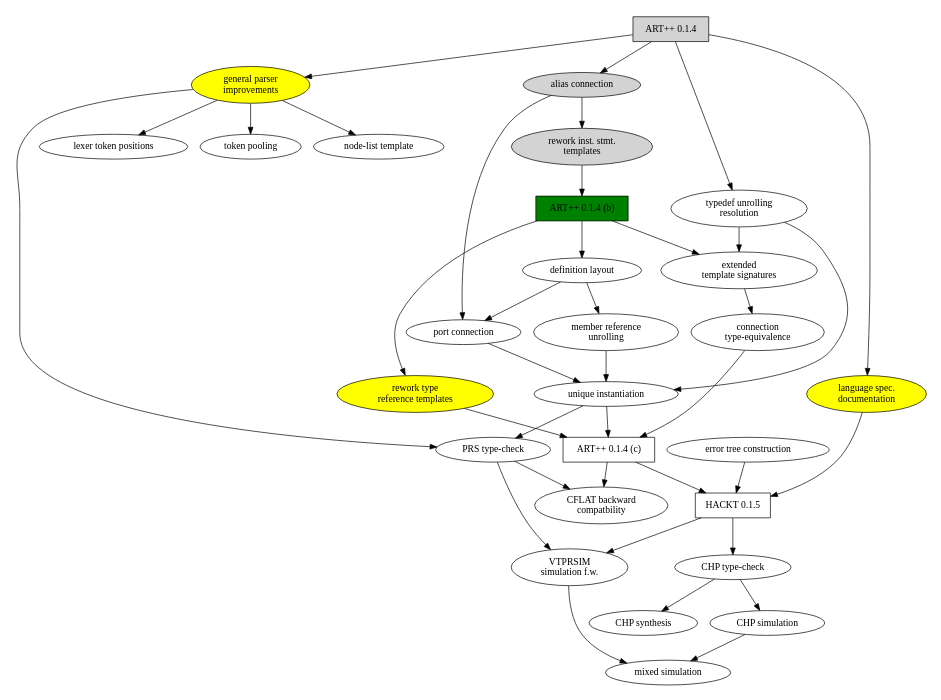
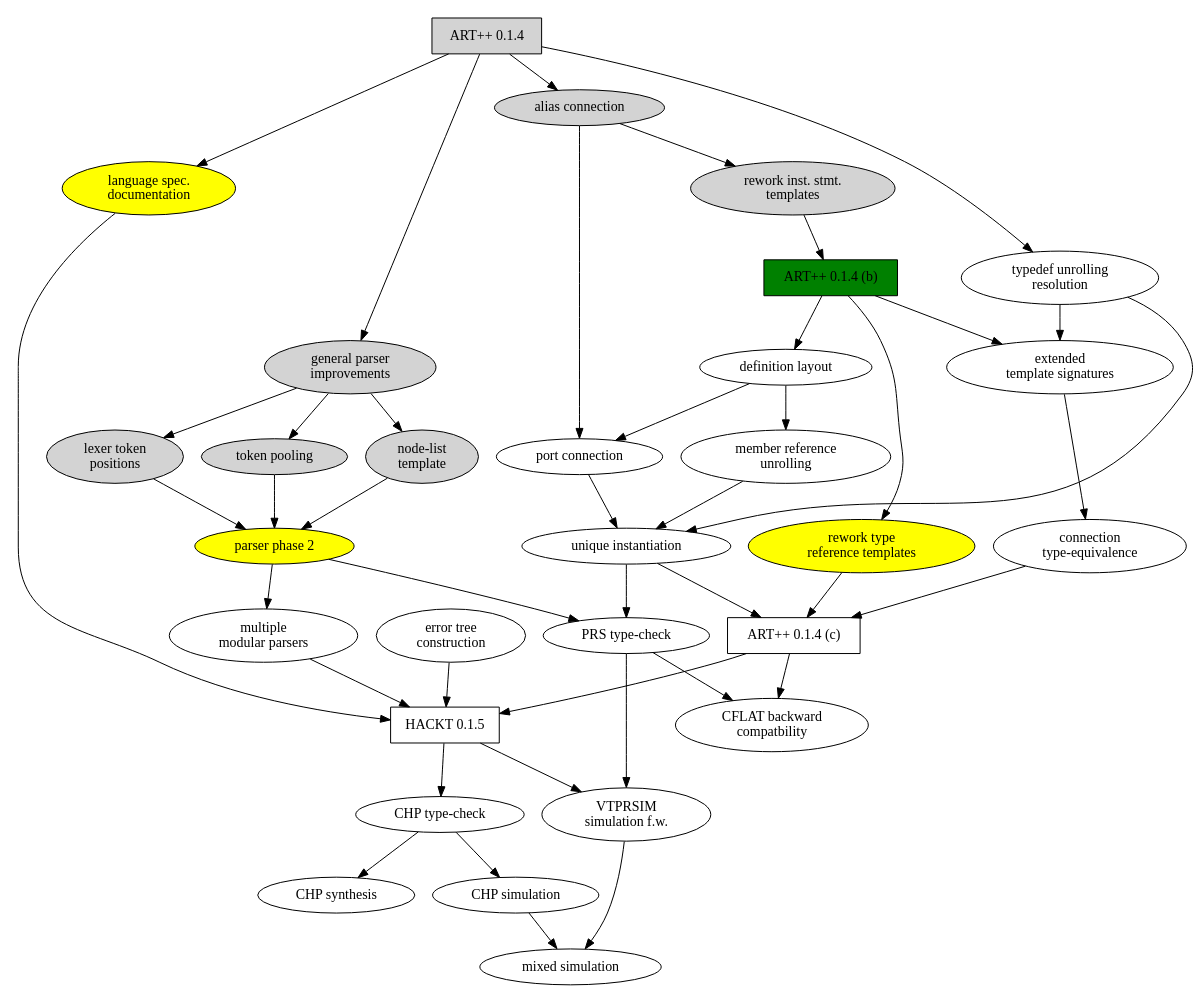
Before and after one commit to fangism/hackt: the diagram in DevelopmentPlan.dot, drawn with Graphviz. The commit also changed 47 other files, not shown here.

First line of the commit message:
branch:	ARTXX-00-01-04-main-00 (main trunk) rev:	ARTXX-00-01-04-main-00-22-merged-parser-02-05

```diff
--- a/DevelopmentPlan.dot
+++ b/DevelopmentPlan.dot
@@ -1,81 +1,91 @@
 # "DevelopmentPlan.dot"
 
 digraph G {
-size="7,10";
+size="9,10";
 
 ARTXX_00_01_04		[shape=box, style=filled, label="ART++ 0.1.4"];
 ARTXX_00_01_04_b	[shape=box, style=filled, fillcolor=green, 
 				label="ART++ 0.1.4 (b)"];
 ARTXX_00_01_04_c	[shape=box, label="ART++ 0.1.4 (c)"];
 ARTXX_00_01_05		[shape=box, label="HACKT 0.1.5"];
 
 DOCS_00_01_04		[shape=ellipse, style=filled, fillcolor=yellow, 
 				label="language spec.\ndocumentation"];
-PARSER_00_01_04		[shape=ellipse, style=filled, fillcolor=yellow,
+PARSER_00_01_04		[shape=ellipse, style=filled, 
 				label="general parser\nimprovements"];
-LEX_00_01_04		[shape=ellipse, label="lexer token positions"];
-TOKENPOOL_00_01_04	[shape=ellipse, label="token pooling"];
-NODELIST_00_01_04	[shape=ellipse, label="node-list template"];
+LEX_00_01_04		[shape=ellipse, style=filled,
+				label="lexer token\npositions"];
+TOKENPOOL_00_01_04	[shape=ellipse, style=filled, label="token pooling"];
+NODELIST_00_01_04	[shape=ellipse, style=filled, 
+				label="node-list\ntemplate"];
+PARSER_B_00_01_04	[shape=ellipse, style=filled, fillcolor=yellow,
+				label="parser phase 2"];
 UNIQUE_00_01_04		[shape=ellipse, label="unique instantiation"];
 ALIAS_00_01_04		[shape=ellipse, style=filled, label="alias connection"];
 PORT_00_01_04		[shape=ellipse, label="port connection"];
 MEMBER_00_01_04		[shape=ellipse, label="member reference\nunrolling"];
 TYPEDEF_00_01_04	[shape=ellipse, label="typedef unrolling\nresolution"];
 DEFLAYOUT_00_01_04	[shape=ellipse, label="definition layout"];
 INSTSTMT_00_01_04	[shape=ellipse, style=filled, 
 				label="rework inst. stmt.\ntemplates"];
 TYPEREF_00_01_04	[shape=ellipse, style=filled, fillcolor=yellow,
 				label="rework type\nreference templates"];
 EXTTEMPLATE_00_01_04	[shape=ellipse, label="extended\ntemplate signatures"];
 CONNECTEQ_00_01_04	[shape=ellipse, label="connection\ntype-equivalence"];
 CFLAT_00_01_04		[shape=ellipse, label="CFLAT backward\ncompatbility"];
 PRS_00_01_04		[shape=ellipse, label="PRS type-check"];
-ERRORTREE_00_01_04	[shape=ellipse, label="error tree construction"];
+ERRORTREE_00_01_04	[shape=ellipse, label="error tree\nconstruction"];
+MULTIPARSE_00_01_04	[shape=ellipse, label="multiple\nmodular parsers"];
 
 ARTXX_00_01_04 -> DOCS_00_01_04;
 ARTXX_00_01_04 -> PARSER_00_01_04;
 ARTXX_00_01_04 -> ALIAS_00_01_04;
 PARSER_00_01_04 -> LEX_00_01_04;
 PARSER_00_01_04 -> TOKENPOOL_00_01_04;
 PARSER_00_01_04 -> NODELIST_00_01_04;
+LEX_00_01_04 -> PARSER_B_00_01_04;
+TOKENPOOL_00_01_04 -> PARSER_B_00_01_04;
+NODELIST_00_01_04 -> PARSER_B_00_01_04;
 ALIAS_00_01_04 -> PORT_00_01_04;
 PORT_00_01_04 -> UNIQUE_00_01_04;
 MEMBER_00_01_04 -> UNIQUE_00_01_04;
 UNIQUE_00_01_04 -> ARTXX_00_01_04_c;
 ARTXX_00_01_04_b -> DEFLAYOUT_00_01_04;
 EXTTEMPLATE_00_01_04 -> CONNECTEQ_00_01_04;
 ARTXX_00_01_04 -> TYPEDEF_00_01_04;
 DEFLAYOUT_00_01_04 -> MEMBER_00_01_04;
 DEFLAYOUT_00_01_04 -> PORT_00_01_04;
 ALIAS_00_01_04 -> INSTSTMT_00_01_04;
 INSTSTMT_00_01_04 -> ARTXX_00_01_04_b;
 ARTXX_00_01_04_b -> EXTTEMPLATE_00_01_04;
 ARTXX_00_01_04_b -> TYPEREF_00_01_04;
 TYPEREF_00_01_04 -> ARTXX_00_01_04_c;
 TYPEDEF_00_01_04 -> UNIQUE_00_01_04;
 TYPEDEF_00_01_04 -> EXTTEMPLATE_00_01_04;
-PARSER_00_01_04 -> PRS_00_01_04;
+PARSER_B_00_01_04 -> PRS_00_01_04;
 UNIQUE_00_01_04 -> PRS_00_01_04;
 
 ARTXX_00_01_04_c -> ARTXX_00_01_05;
 PRS_00_01_04 -> CFLAT_00_01_04;
 ARTXX_00_01_04_c -> CFLAT_00_01_04;
 CONNECTEQ_00_01_04 -> ARTXX_00_01_04_c;
 DOCS_00_01_04 -> ARTXX_00_01_05;
 ERRORTREE_00_01_04 -> ARTXX_00_01_05;
+PARSER_B_00_01_04 -> MULTIPARSE_00_01_04;
+MULTIPARSE_00_01_04 -> ARTXX_00_01_05;
 
 CHP_00_01_05		[shape=ellipse, label="CHP type-check"];
 CHPSYNTH_00_01_05	[shape=ellipse, label="CHP synthesis"];
 CHPSIM_00_01_05		[shape=ellipse, label="CHP simulation"];
 VTPRSIM_00_01_05	[shape=ellipse, label="VTPRSIM\nsimulation f.w."];
 MIXSIM_00_01_05		[shape=ellipse, label="mixed simulation"];
 
 ARTXX_00_01_05 -> CHP_00_01_05;
 CHP_00_01_05 -> CHPSYNTH_00_01_05;
 CHP_00_01_05 -> CHPSIM_00_01_05;
 PRS_00_01_04 -> VTPRSIM_00_01_05;
 ARTXX_00_01_05 -> VTPRSIM_00_01_05;
 VTPRSIM_00_01_05 -> MIXSIM_00_01_05;
 CHPSIM_00_01_05 -> MIXSIM_00_01_05;
 
 }
```
